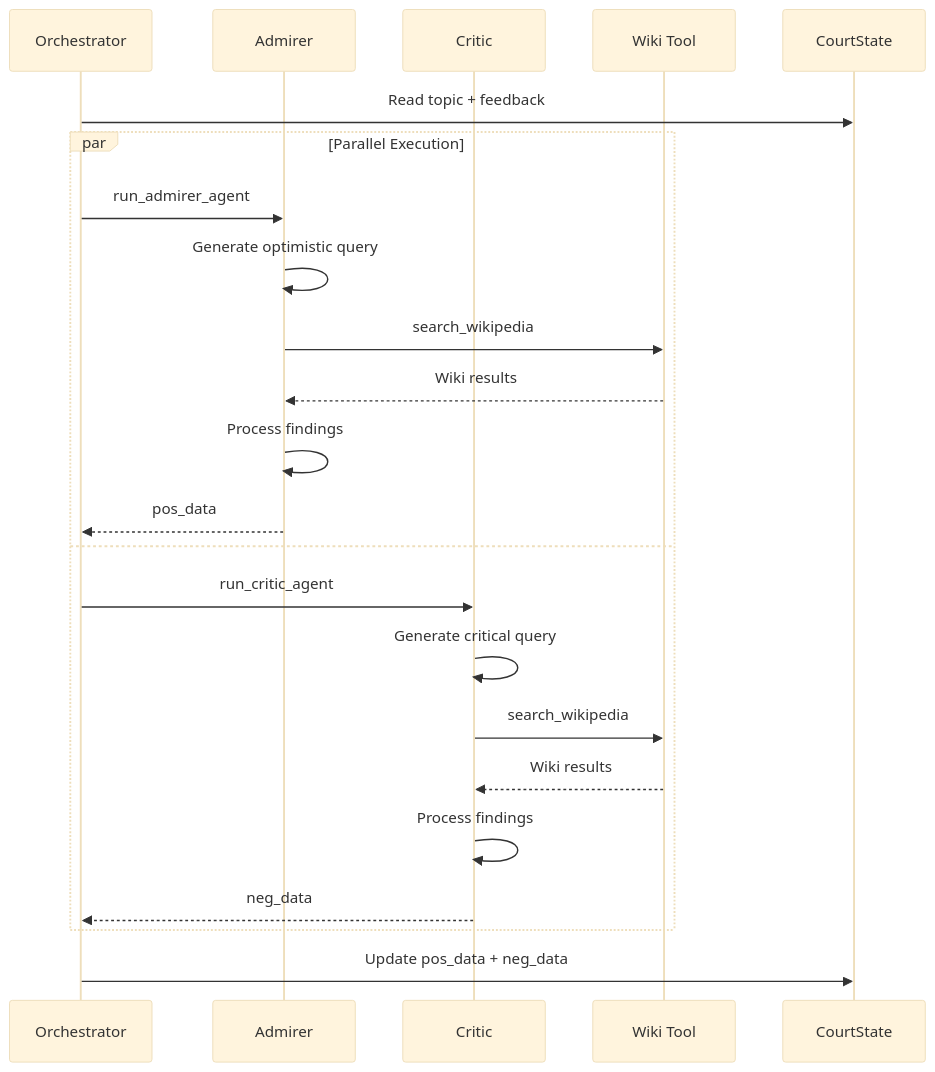
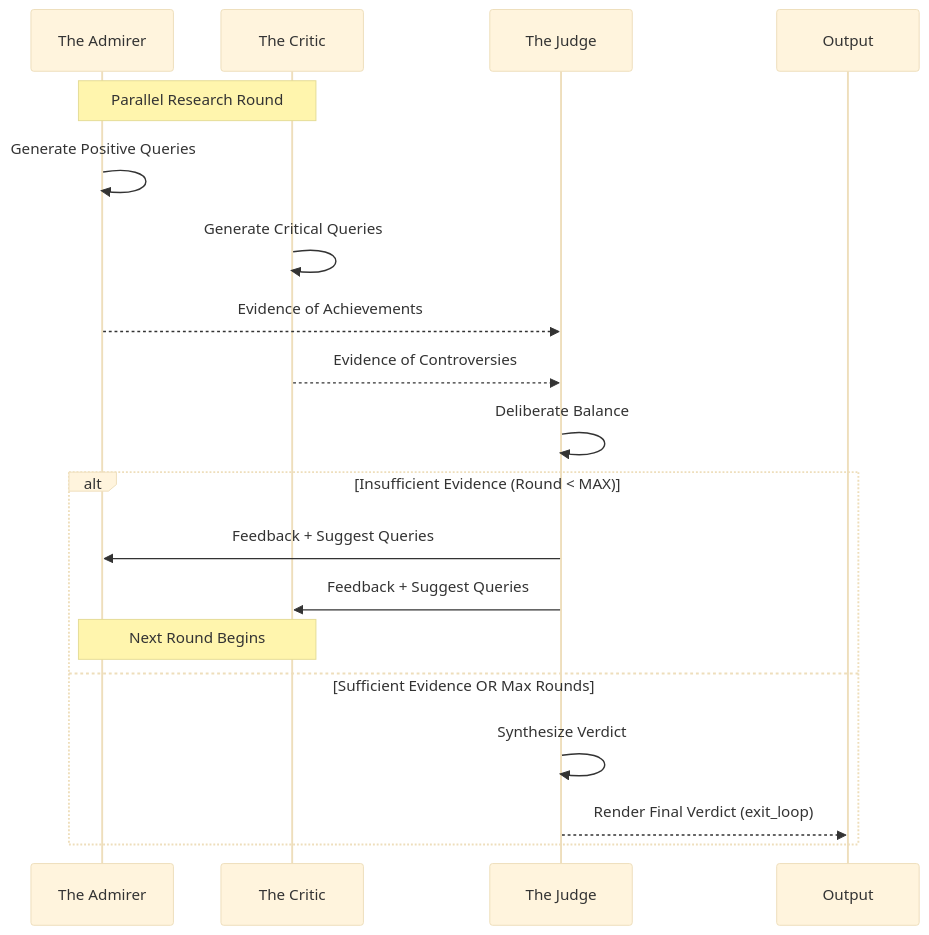
One commit to ct255/historical-court changed the diagram in docs/AGENT_PROFILES.md. Above: the diagram before and after it, drawn with Mermaid (base theme). The commit also changed other lines of this file and 17 other files, not shown here.

````diff
--- a/docs/AGENT_PROFILES.md
+++ b/docs/AGENT_PROFILES.md
@@ -549,28 +89,23 @@
 ```mermaid
 sequenceDiagram
-    participant O as Orchestrator
-    participant A as Admirer
-    participant C as Critic
-    participant W as Wiki Tool
-    participant S as CourtState
+    participant A as The Admirer
+    participant C as The Critic
+    participant J as The Judge
+
+    Note over A, C: Parallel Research Round
+    A->>A: Generate Positive Queries
+    C->>C: Generate Critical Queries
+    A-->>J: Evidence of Achievements
+    C-->>J: Evidence of Controversies
     
-    O->>S: Read topic + feedback
+    J->>J: Deliberate Balance
     
-    par Parallel Execution
-        O->>A: run_admirer_agent
-        A->>A: Generate optimistic query
-        A->>W: search_wikipedia
-        W-->>A: Wiki results
-        A->>A: Process findings
-        A-->>O: pos_data
-    and
-        O->>C: run_critic_agent
-        C->>C: Generate critical query
-        C->>W: search_wikipedia
-        W-->>C: Wiki results
-        C->>C: Process findings
-        C-->>O: neg_data
+    alt Insufficient Evidence (Round < MAX)
+        J->>A: Feedback + Suggest Queries
+        J->>C: Feedback + Suggest Queries
+        Note over A, C: Next Round Begins
+    else Sufficient Evidence OR Max Rounds
+        J->>J: Synthesize Verdict
+        J-->>Output: Render Final Verdict (exit_loop)
     end
-    
-    O->>S: Update pos_data + neg_data
 ```
````
